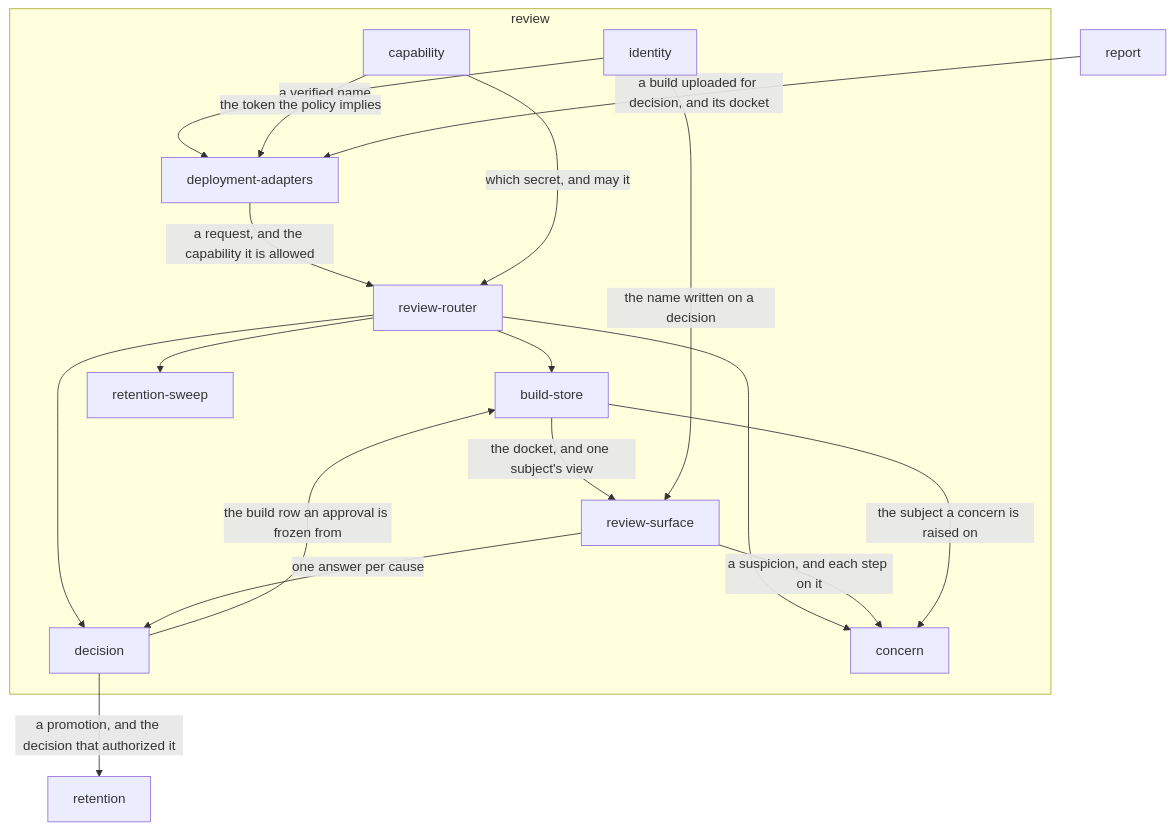
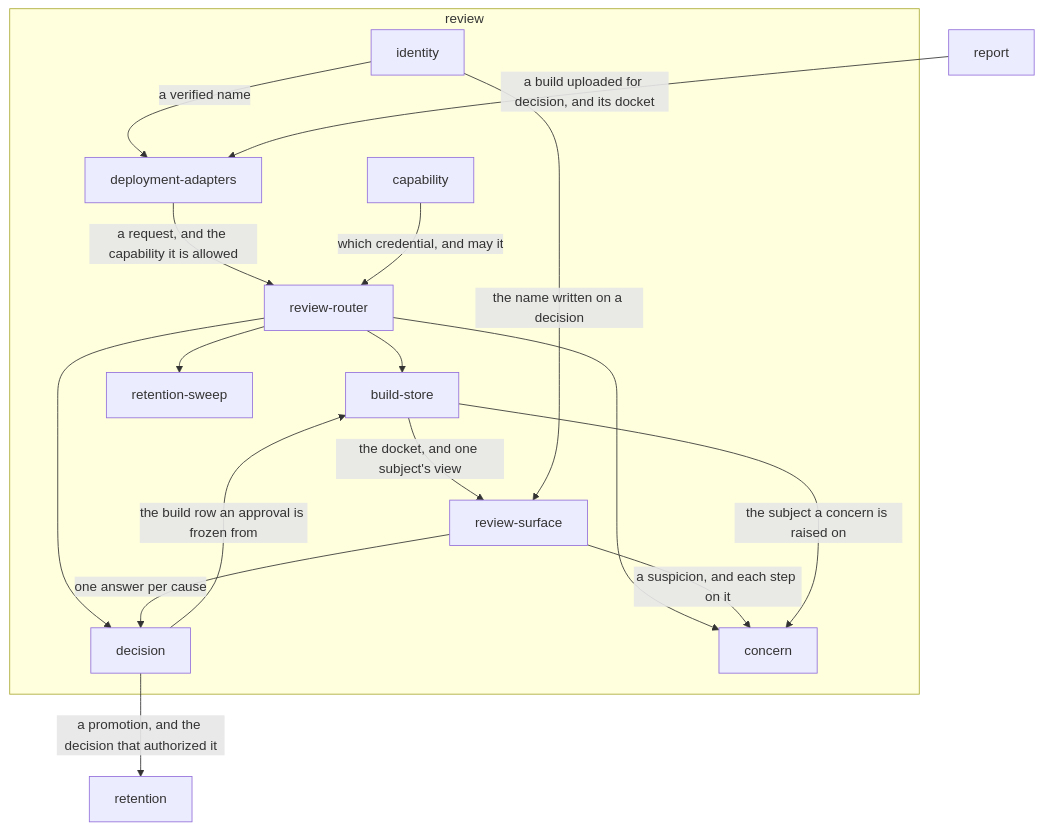
Before and after one commit to Variance-Authority/variance-authority: the diagram in .compass/variance-authority/review/README.md, drawn with Mermaid. The commit also changed other lines of this file and 15 other files, not shown here.

````diff
--- a/.compass/variance-authority/review/README.md
+++ b/.compass/variance-authority/review/README.md
@@ -108,32 +108,31 @@
 ```mermaid
 flowchart TB
   subgraph REVIEW[review]
     ADAPT[deployment-adapters]
     CAP[capability]
     ID[identity]
     ROUTER[review-router]
     STORE[build-store]
     DECIDE[decision]
     CONCERN[concern]
     SURFACE[review-surface]
     SWEEP[retention-sweep]
 
     ADAPT -->|a request, and the capability it is allowed| ROUTER
     ID -->|a verified name| ADAPT
-    CAP -->|which secret, and may it| ROUTER
-    CAP -->|the token the policy implies| ADAPT
+    CAP -->|which credential, and may it| ROUTER
     ROUTER --> STORE
     ROUTER --> DECIDE
     ROUTER --> CONCERN
     ROUTER --> SWEEP
     STORE -->|the docket, and one subject's view| SURFACE
     SURFACE -->|one answer per cause| DECIDE
     SURFACE -->|a suspicion, and each step on it| CONCERN
     STORE -->|the subject a concern is raised on| CONCERN
     ID -->|the name written on a decision| SURFACE
     DECIDE -->|the build row an approval is frozen from| STORE
   end
 
   REPORT[report] -->|a build uploaded for decision, and its docket| ADAPT
   DECIDE -->|a promotion, and the decision that authorized it| RETENTION[retention]
 ```
````
